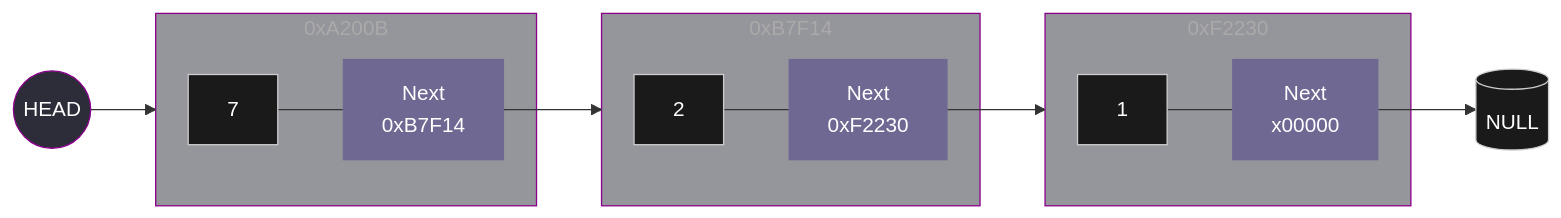
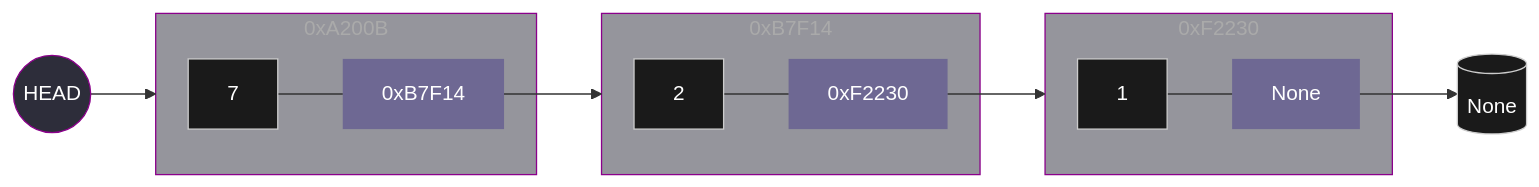
Before and after one commit to ecrz00/dsa-theory: the diagram in theory/LinkedList.md, drawn with Mermaid. The commit also changed other lines of this file, not shown here.

Commit message:
updating notes

````diff
--- a/theory/LinkedList.md
+++ b/theory/LinkedList.md
@@ -20,41 +20,40 @@
 ```mermaid
 graph LR
-    %% Referencia al inicio
-    H((HEAD)) --> Node1
+H((HEAD)) --> Node1
 
-    %% Nodo 1
-    subgraph Node1 [0xA200B]
-        d1[7] --- p1["Next <br> 0xB7F14"]
-    end
-    
-    %% Nodo 2
-    subgraph Node2 [0xB7F14]
-        d2[2] --- p2["Next <br> 0xF2230"]
-    end
+%% Node 1
+subgraph Node1 [0xA200B]
+    d1[7] --- p1["0xB7F14"]
+end
 
-    %% Nodo 3
-    subgraph Node3 [0xF2230]
-        d3[1] --- p3["Next <br> x00000"]
-    end
+%% Node 2
+subgraph Node2 [0xB7F14]
+    d2[2] --- p2["0xF2230"]
+end
 
-    %% Conexiones
-    p1 --> Node2
-    p2 --> Node3
-    p3 --> NULL[(NULL)]
+%% Node 3
+subgraph Node3 [0xF2230]
+    d3[1] --- p3["None"]
+end
 
-    %% Estilos: Lila traslúcido oscuro
-    style Node1 fill:#2d2d3a80,stroke:#8B008B,color:#aaa
-    style Node2 fill:#2d2d3a80,stroke:#8B008B,color:#aaa
-    style Node3 fill:#2d2d3a80,stroke:#8B008B,color:#aaa
-    
-    style d1 fill:#1a1a1a,stroke:#ccc,color:#fff
-    style d2 fill:#1a1a1a,stroke:#ccc,color:#fff
-    style d3 fill:#1a1a1a,stroke:#ccc,color:#fff
-    
-    style p1 fill:#483D8B80,stroke:none,color:#fff
-    style p2 fill:#483D8B80,stroke:none,color:#fff
-    style p3 fill:#483D8B80,stroke:none,color:#fff
-    
-    style H fill:#2d2d3a,stroke:#8B008B,color:#fff
-    style NULL fill:#1a1a1a,stroke:#ccc,color:#fff
+%% Conexiones
+p1 --> Node2
+p2 --> Node3
+p3 --> NULL[(None)]
+
+%% Estilos: Lila traslúcido oscuro
+style Node1 fill:#2d2d3a80,stroke:#8B008B,color:#aaa
+style Node2 fill:#2d2d3a80,stroke:#8B008B,color:#aaa
+style Node3 fill:#2d2d3a80,stroke:#8B008B,color:#aaa
+
+style d1 fill:#1a1a1a,stroke:#ccc,color:#fff
+style d2 fill:#1a1a1a,stroke:#ccc,color:#fff
+style d3 fill:#1a1a1a,stroke:#ccc,color:#fff
+
+style p1 fill:#483D8B80,stroke:none,color:#fff
+style p2 fill:#483D8B80,stroke:none,color:#fff
+style p3 fill:#483D8B80,stroke:none,color:#fff
+
+style H fill:#2d2d3a,stroke:#8B008B,color:#fff
+style NULL fill:#1a1a1a,stroke:#ccc,color:#fff
 ```
````
